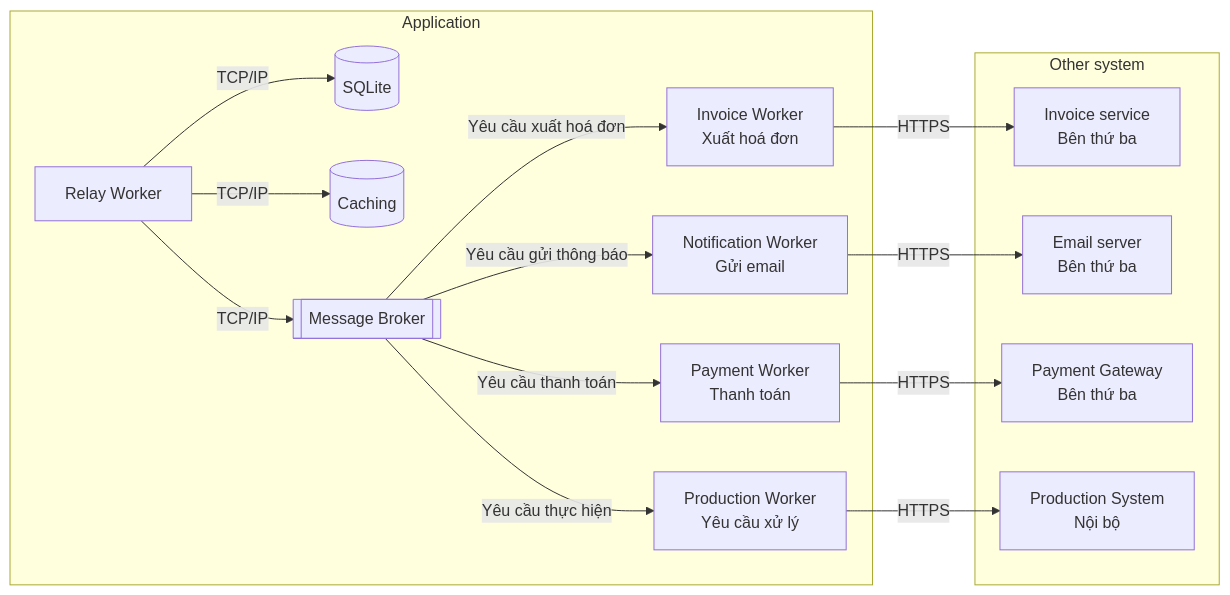
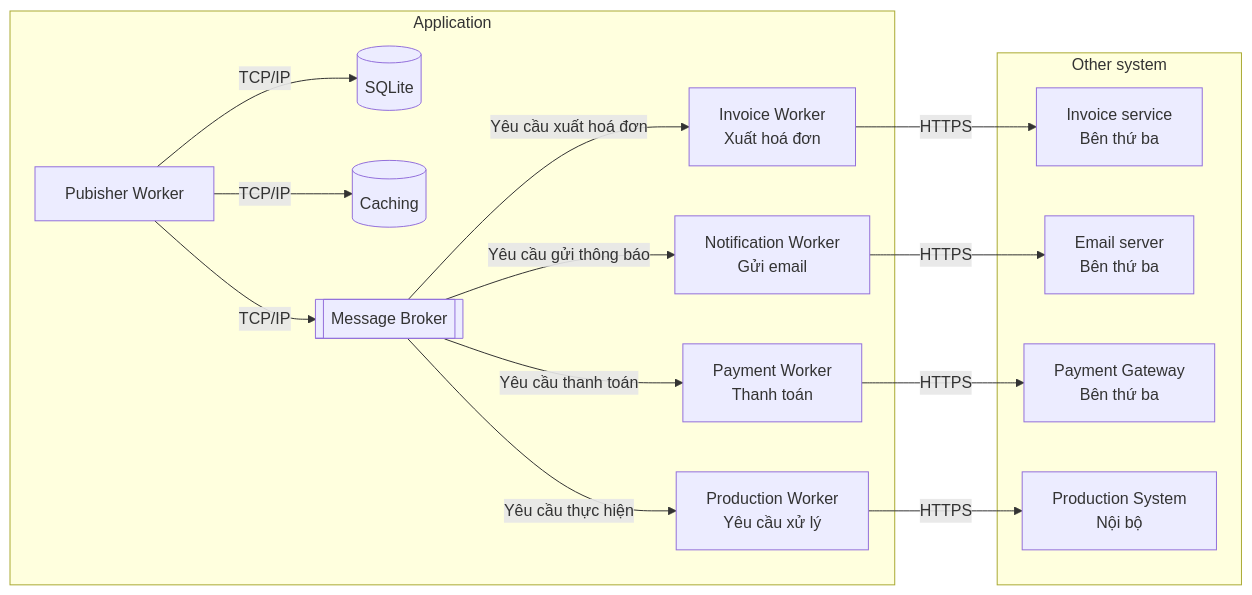
Before and after one commit to hoangnh2412/SampleOrderService: the fourth of 5 diagrams in docs/sad.md, drawn with Mermaid. The commit also changed other lines of this file and 55 other files, not shown here.

````diff
--- a/docs/sad.md
+++ b/docs/sad.md
@@ -157,32 +157,32 @@
 ```mermaid
 flowchart LR
     subgraph "Application"
-        Relay[Relay Worker]
+        Pubisher[Pubisher Worker]
         NotificationService[Notification Worker<br>Gửi email]
         PaymentService[Payment Worker<br>Thanh toán]
         InvoiceService[Invoice Worker<br>Xuất hoá đơn]
         ProductionService[Production Worker<br>Yêu cầu xử lý]
         Database[(SQLite)]
         Caching[(Caching)]
         MessageBroker[[Message Broker]]
     end
 
     subgraph "Other system"
         Invoice[Invoice service<br>Bên thứ ba]
         Notification[Email server<br>Bên thứ ba]
         Payment[Payment Gateway<br>Bên thứ ba]
         Production[Production System<br>Nội bộ]
     end
 
-    Relay -->|TCP/IP| Database
-    Relay -->|TCP/IP| Caching
-    Relay -->|TCP/IP| MessageBroker
+    Pubisher -->|TCP/IP| Database
+    Pubisher -->|TCP/IP| Caching
+    Pubisher -->|TCP/IP| MessageBroker
     MessageBroker -->|Yêu cầu xuất hoá đơn| InvoiceService
     MessageBroker -->|Yêu cầu thanh toán| PaymentService
     MessageBroker -->|Yêu cầu thực hiện| ProductionService
     MessageBroker -->|Yêu cầu gửi thông báo| NotificationService
     PaymentService -->|HTTPS| Payment
     InvoiceService -->|HTTPS| Invoice
     ProductionService -->|HTTPS| Production
     NotificationService -->|HTTPS| Notification
 ```
````
